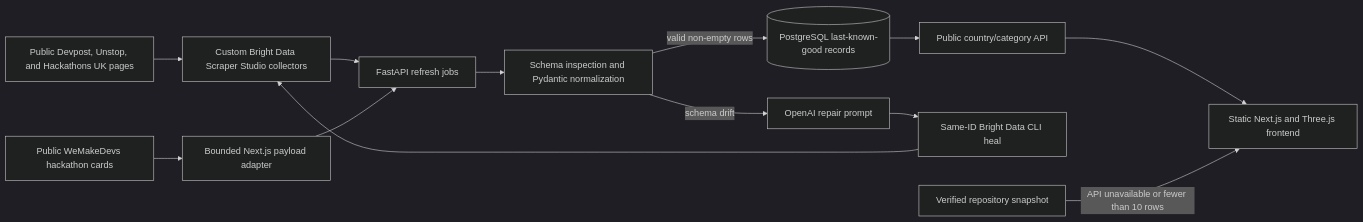
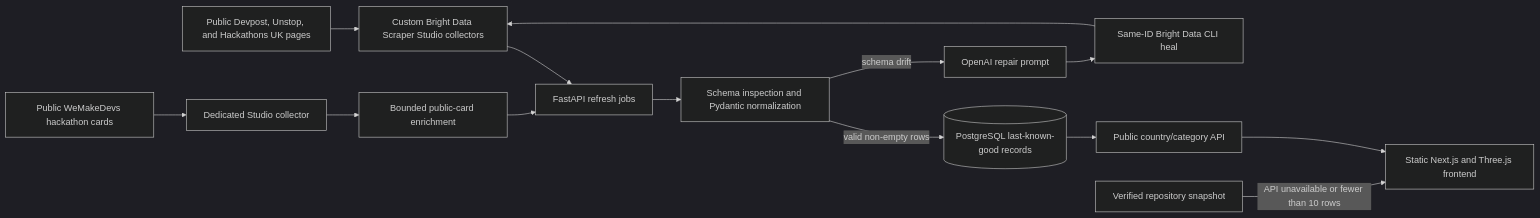
The diagram in README.md (mohantyabhijit/gpu-scrapper), drawn with Mermaid (dark theme) before and after one commit. The commit also changed other lines of this file and 10 other files, not shown here.

Commit message:
feat(scraper): bind WeMakeDevs Studio collector

````diff
--- a/README.md
+++ b/README.md
@@ -24,19 +24,19 @@
 ```mermaid
 flowchart LR
     A[Public Devpost, Unstop, and Hackathons UK pages]
     B[Custom Bright Data Scraper Studio collectors]
     C[FastAPI refresh jobs]
     D[Schema inspection and Pydantic normalization]
     E[(PostgreSQL last-known-good records)]
     F[Public country/category API]
     G[Static Next.js and Three.js frontend]
 
     A --> B --> C --> D
     D -->|valid non-empty rows| E
     D -->|schema drift| H[OpenAI repair prompt]
     H --> I[Same-ID Bright Data CLI heal]
     I --> B
     E --> F --> G
     J[Verified repository snapshot] -->|API unavailable or fewer than 10 rows| G
-    K[Public WeMakeDevs hackathon cards] --> L[Bounded Next.js payload adapter] --> C
+    K[Public WeMakeDevs hackathon cards] --> L[Dedicated Studio collector] --> M[Bounded public-card enrichment] --> C
 ```
````
